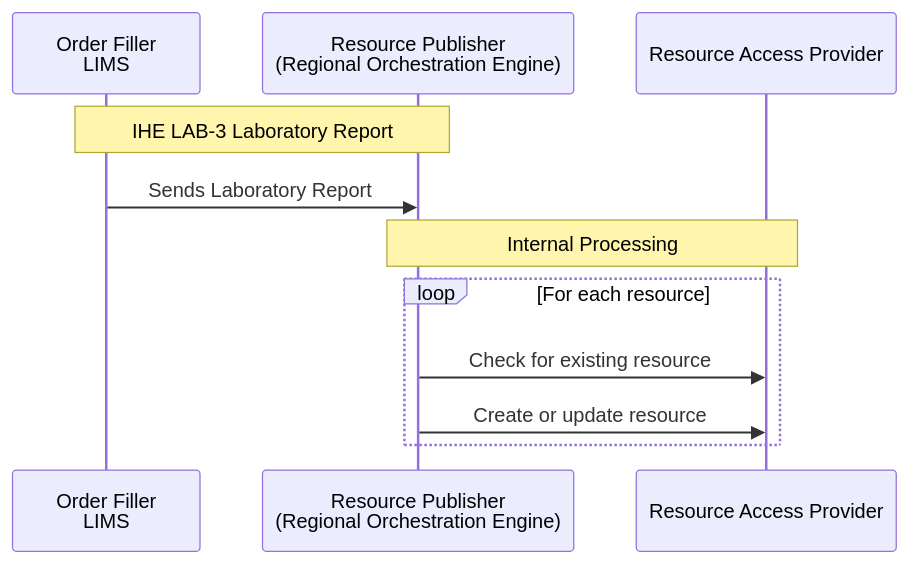
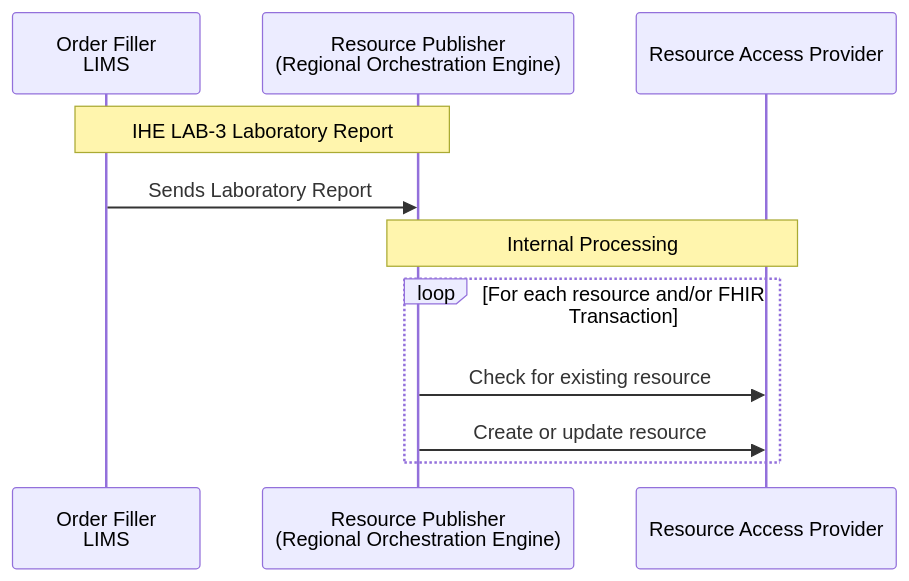
The fourth of 4 diagrams in input/pagecontent/HIE.md (nw-gmsa/nw-gmsa.github.com), drawn with Mermaid before and after one commit.

Commit message:
Genomic Study changed to use components

````diff
--- a/input/pagecontent/HIE.md
+++ b/input/pagecontent/HIE.md
@@ -109,16 +109,16 @@
 ```mermaid
 sequenceDiagram
 
   participant LIMS as Order Filler<br/>LIMS
   participant Publisher as Resource Publisher<br/>(Regional Orchestration Engine)
   participant Provider as Resource Access Provider
 
   note over LIMS,Publisher: IHE LAB-3 Laboratory Report
   LIMS ->> Publisher: Sends Laboratory Report
 
   note over Publisher,Provider: Internal Processing
-  loop For each resource
+  loop For each resource and/or FHIR Transaction
     Publisher ->> Provider: Check for existing resource
     Publisher ->> Provider: Create or update resource
   end
 ```
````
